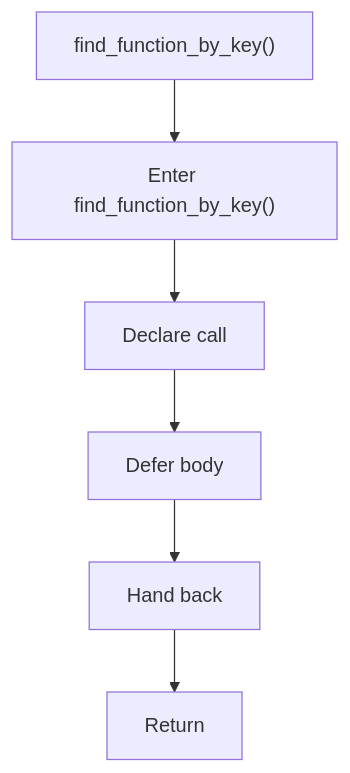
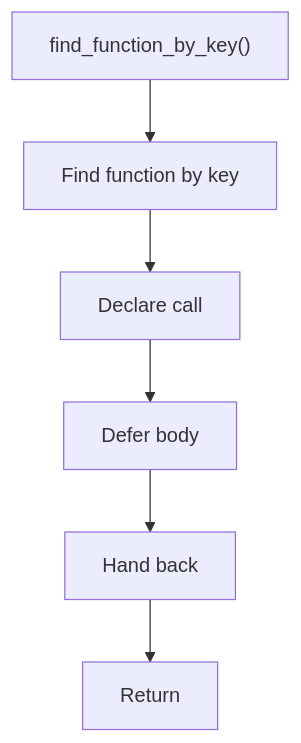
Before and after one commit to JohnAndrewBalbarosa/NeoTerritory: the diagram in docs/Codebase/Microservice/Modules/Header/SyntacticBrokenAST/Analysis/ImplementationUse/Binding/Symbols/Flow/functions/find_function_by_key.hpp.md, drawn with Mermaid. The commit also changed other lines of this file and 925 other files, not shown here.

````diff
--- a/docs/Codebase/Microservice/Modules/Header/SyntacticBrokenAST/Analysis/ImplementationUse/Binding/Symbols/Flow/functions/find_function_by_key.hpp.md
+++ b/docs/Codebase/Microservice/Modules/Header/SyntacticBrokenAST/Analysis/ImplementationUse/Binding/Symbols/Flow/functions/find_function_by_key.hpp.md
@@ -16,14 +16,14 @@
 ```mermaid
 flowchart TD
     Start["find_function_by_key()"]
-    N0["Enter find_function_by_key()"]
+    N0["Find function by key"]
     N1["Declare call"]
     N2["Defer body"]
     N3["Hand back"]
     End["Return"]
     Start --> N0
     N0 --> N1
     N1 --> N2
     N2 --> N3
     N3 --> End
 ```
````
